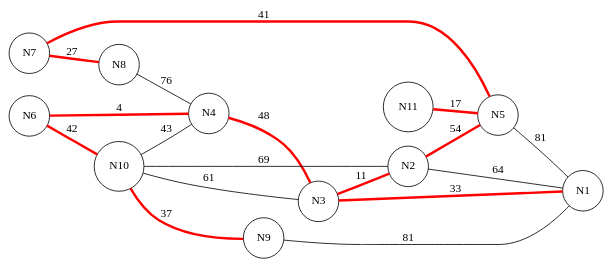
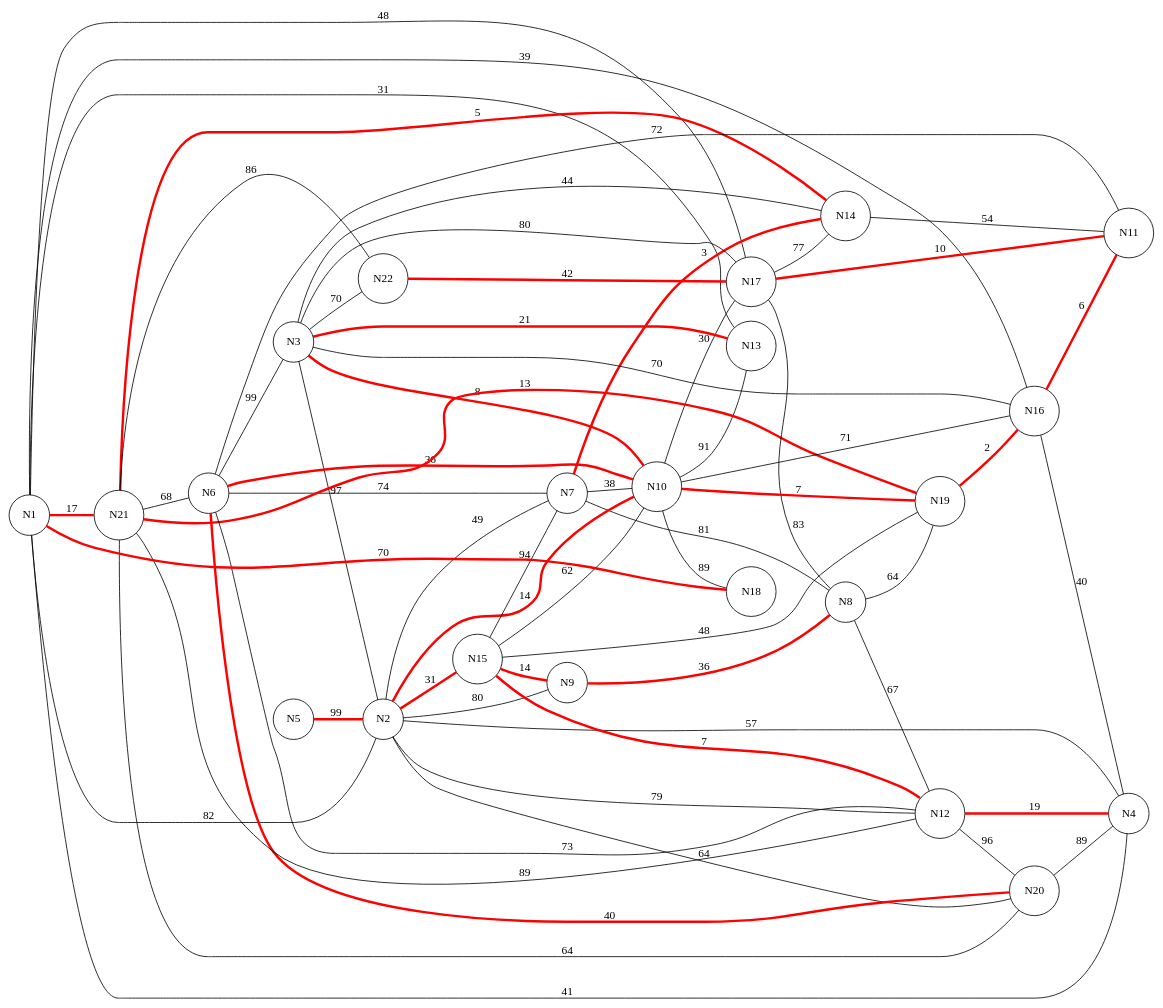
One commit to derqqx/ass3daa changed the diagram in graph_5_kruskal.dot. Above: the diagram before and after it, drawn with Graphviz. The commit also changed 15 other files, not shown here.

Commit message:
git commit -m "feat: implement Graph and Edge classes with DOT visualization"

```diff
--- a/graph_5_kruskal.dot
+++ b/graph_5_kruskal.dot
@@ -1,34 +1,89 @@
 graph G {
   rankdir=LR;
   node [shape=circle];
 
   N1;
   N2;
   N3;
   N4;
   N5;
   N6;
   N7;
   N8;
   N9;
   N10;
+  N21;
+  N20;
+  N12;
   N11;
+  N22;
+  N14;
+  N13;
+  N16;
+  N15;
+  N18;
+  N17;
+  N19;
 
-  N2 -- N1 [label="64"];
-  N3 -- N1 [label="33", color="red", penwidth=3.0];
-  N4 -- N3 [label="48", color="red", penwidth=3.0];
-  N5 -- N1 [label="81"];
-  N6 -- N4 [label="4", color="red", penwidth=3.0];
-  N7 -- N5 [label="41", color="red", penwidth=3.0];
-  N8 -- N4 [label="76"];
-  N9 -- N1 [label="81"];
-  N10 -- N3 [label="61"];
-  N11 -- N5 [label="17", color="red", penwidth=3.0];
-  N7 -- N8 [label="27", color="red", penwidth=3.0];
-  N10 -- N4 [label="43"];
-  N10 -- N9 [label="37", color="red", penwidth=3.0];
-  N10 -- N2 [label="69"];
-  N6 -- N10 [label="42", color="red", penwidth=3.0];
-  N2 -- N5 [label="54", color="red", penwidth=3.0];
-  N3 -- N2 [label="11", color="red", penwidth=3.0];
+  N2 -- N1 [label="82"];
+  N3 -- N2 [label="97"];
+  N4 -- N2 [label="57"];
+  N5 -- N2 [label="99", color="red", penwidth=3.0];
+  N6 -- N3 [label="99"];
+  N7 -- N6 [label="74"];
+  N8 -- N7 [label="81"];
+  N9 -- N8 [label="36", color="red", penwidth=3.0];
+  N10 -- N2 [label="14", color="red", penwidth=3.0];
+  N11 -- N6 [label="72"];
+  N12 -- N6 [label="73"];
+  N13 -- N3 [label="21", color="red", penwidth=3.0];
+  N14 -- N3 [label="44"];
+  N15 -- N9 [label="14", color="red", penwidth=3.0];
+  N16 -- N11 [label="6", color="red", penwidth=3.0];
+  N17 -- N11 [label="10", color="red", penwidth=3.0];
+  N18 -- N1 [label="70", color="red", penwidth=3.0];
+  N19 -- N16 [label="2", color="red", penwidth=3.0];
+  N20 -- N6 [label="40", color="red", penwidth=3.0];
+  N21 -- N19 [label="13", color="red", penwidth=3.0];
+  N22 -- N17 [label="42", color="red", penwidth=3.0];
+  N19 -- N15 [label="48"];
+  N10 -- N3 [label="8", color="red", penwidth=3.0];
+  N2 -- N9 [label="80"];
+  N17 -- N3 [label="80"];
+  N10 -- N13 [label="91"];
+  N2 -- N7 [label="49"];
+  N17 -- N8 [label="83"];
+  N15 -- N7 [label="94"];
+  N19 -- N10 [label="7", color="red", penwidth=3.0];
+  N2 -- N12 [label="79"];
+  N8 -- N19 [label="64"];
+  N2 -- N15 [label="31", color="red", penwidth=3.0];
+  N10 -- N18 [label="89"];
+  N21 -- N6 [label="68"];
+  N12 -- N20 [label="96"];
+  N12 -- N4 [label="19", color="red", penwidth=3.0];
+  N16 -- N4 [label="40"];
+  N4 -- N1 [label="41"];
+  N3 -- N22 [label="70"];
+  N10 -- N17 [label="30"];
+  N20 -- N2 [label="64"];
+  N14 -- N7 [label="3", color="red", penwidth=3.0];
+  N20 -- N4 [label="89"];
+  N21 -- N14 [label="5", color="red", penwidth=3.0];
+  N7 -- N10 [label="38"];
+  N1 -- N13 [label="31"];
+  N1 -- N16 [label="39"];
+  N17 -- N14 [label="77"];
+  N16 -- N10 [label="71"];
+  N6 -- N10 [label="36", color="red", penwidth=3.0];
+  N22 -- N21 [label="86"];
+  N14 -- N11 [label="54"];
+  N12 -- N21 [label="89"];
+  N16 -- N3 [label="70"];
+  N8 -- N12 [label="67"];
+  N1 -- N17 [label="48"];
+  N1 -- N21 [label="17", color="red", penwidth=3.0];
+  N15 -- N12 [label="7", color="red", penwidth=3.0];
+  N21 -- N20 [label="64"];
+  N10 -- N15 [label="62"];
 }
```
